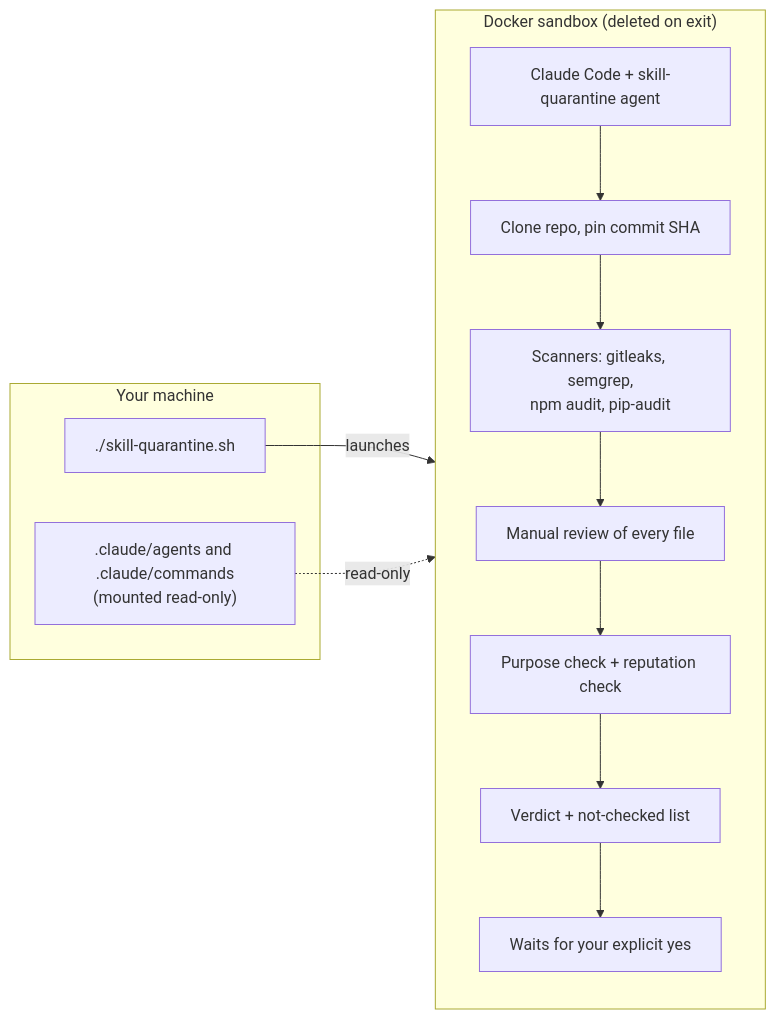
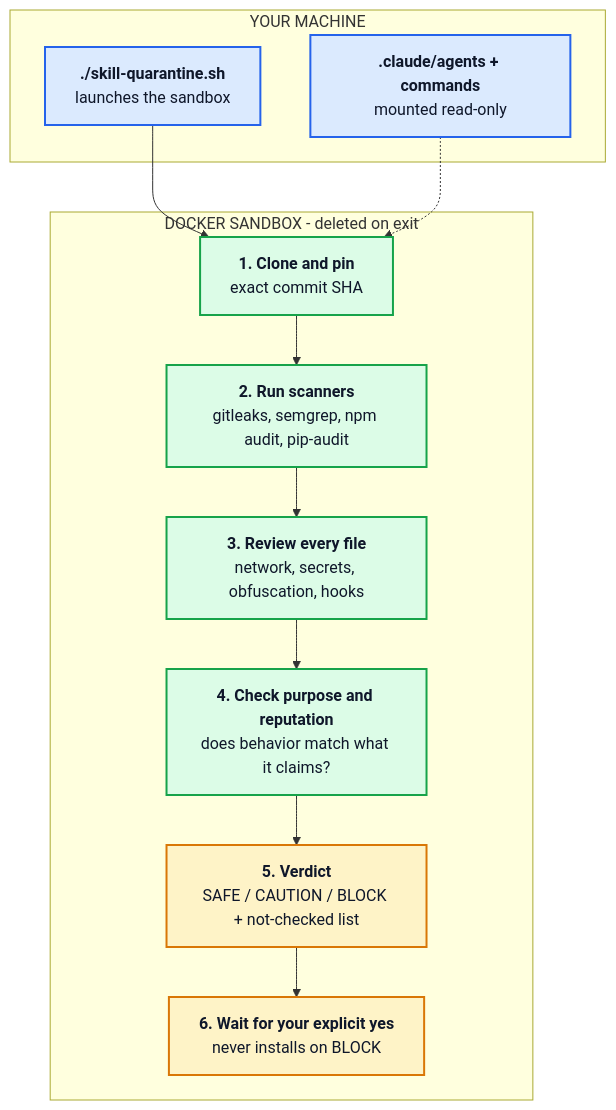
One commit to Yehiak/skill-quarantine changed the diagram in README.md. Above: the diagram before and after it, drawn with Mermaid.

Commit message:
Make How it works diagram vertical and larger

````diff
--- a/README.md
+++ b/README.md
@@ -59,18 +59,27 @@
 ```mermaid
-flowchart LR
-    subgraph host["Your machine"]
-        run["./skill-quarantine.sh"]
-        cfg[".claude/agents and .claude/commands<br/>(mounted read-only)"]
+flowchart TD
+    subgraph host["YOUR MACHINE"]
+        run["<b>./skill-quarantine.sh</b><br/>launches the sandbox"]
+        cfg["<b>.claude/agents + commands</b><br/>mounted read-only"]
     end
-    subgraph box["Docker sandbox (deleted on exit)"]
-        direction TB
-        a["Claude Code + skill-quarantine agent"] --> b["Clone repo, pin commit SHA"]
-        b --> c["Scanners: gitleaks, semgrep,<br/>npm audit, pip-audit"]
-        c --> d["Manual review of every file"]
-        d --> e["Purpose check + reputation check"]
-        e --> f["Verdict + not-checked list"]
-        f --> g["Waits for your explicit yes"]
+
+    subgraph box["DOCKER SANDBOX - deleted on exit"]
+        s1["<b>1. Clone and pin</b><br/>exact commit SHA"]
+        s2["<b>2. Run scanners</b><br/>gitleaks, semgrep, npm audit, pip-audit"]
+        s3["<b>3. Review every file</b><br/>network, secrets, obfuscation, hooks"]
+        s4["<b>4. Check purpose and reputation</b><br/>does behavior match what it claims?"]
+        s5["<b>5. Verdict</b><br/>SAFE / CAUTION / BLOCK + not-checked list"]
+        s6["<b>6. Wait for your explicit yes</b><br/>never installs on BLOCK"]
+        s1 --> s2 --> s3 --> s4 --> s5 --> s6
     end
-    run -- launches --> a
-    cfg -. read-only .-> a
+
+    run --> s1
+    cfg -.-> s1
+
+    classDef hostNode fill:#dbeafe,stroke:#2563eb,stroke-width:2px,color:#0f172a
+    classDef step fill:#dcfce7,stroke:#16a34a,stroke-width:2px,color:#0f172a
+    classDef verdict fill:#fef3c7,stroke:#d97706,stroke-width:2px,color:#0f172a
+    class run,cfg hostNode
+    class s1,s2,s3,s4 step
+    class s5,s6 verdict
 ```
````
